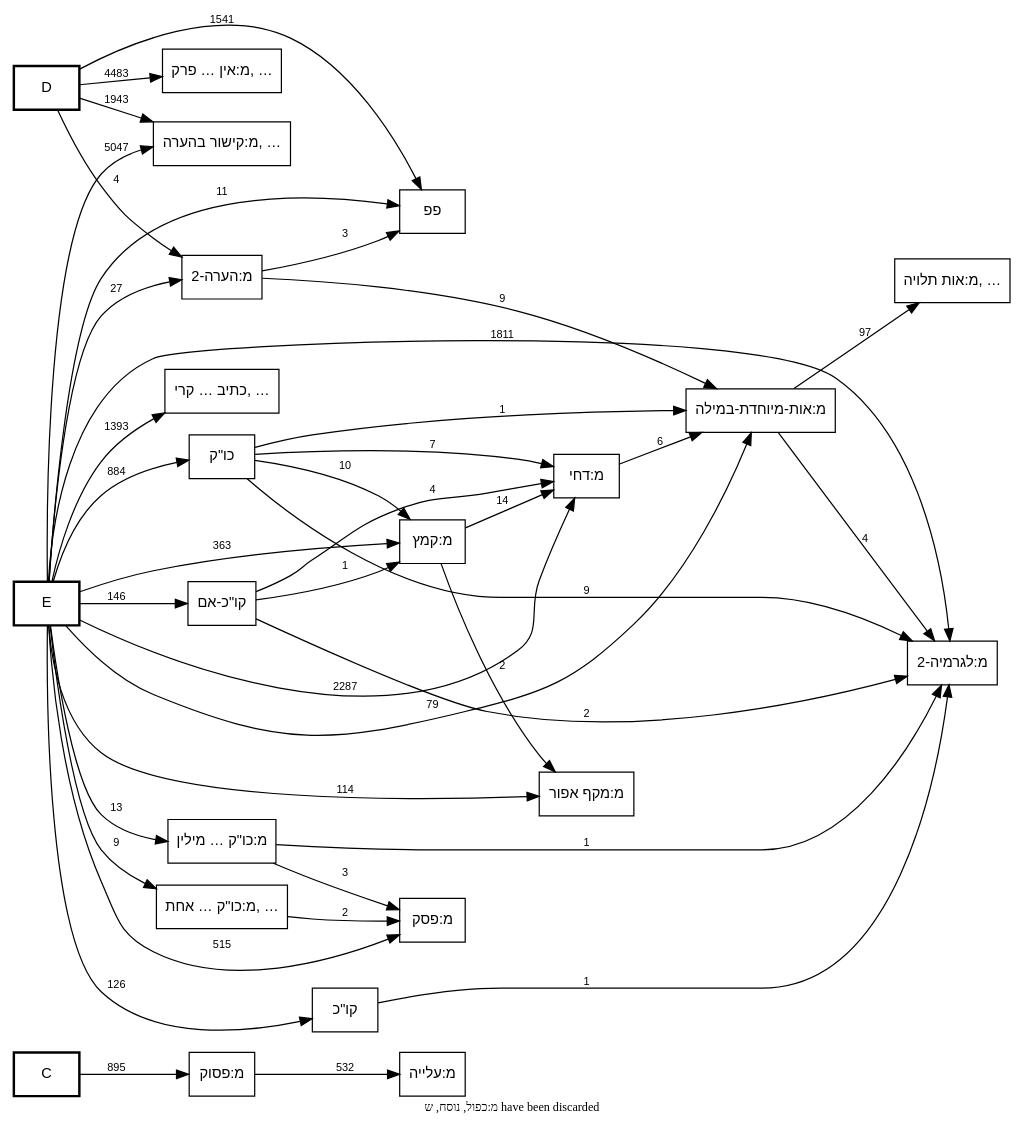
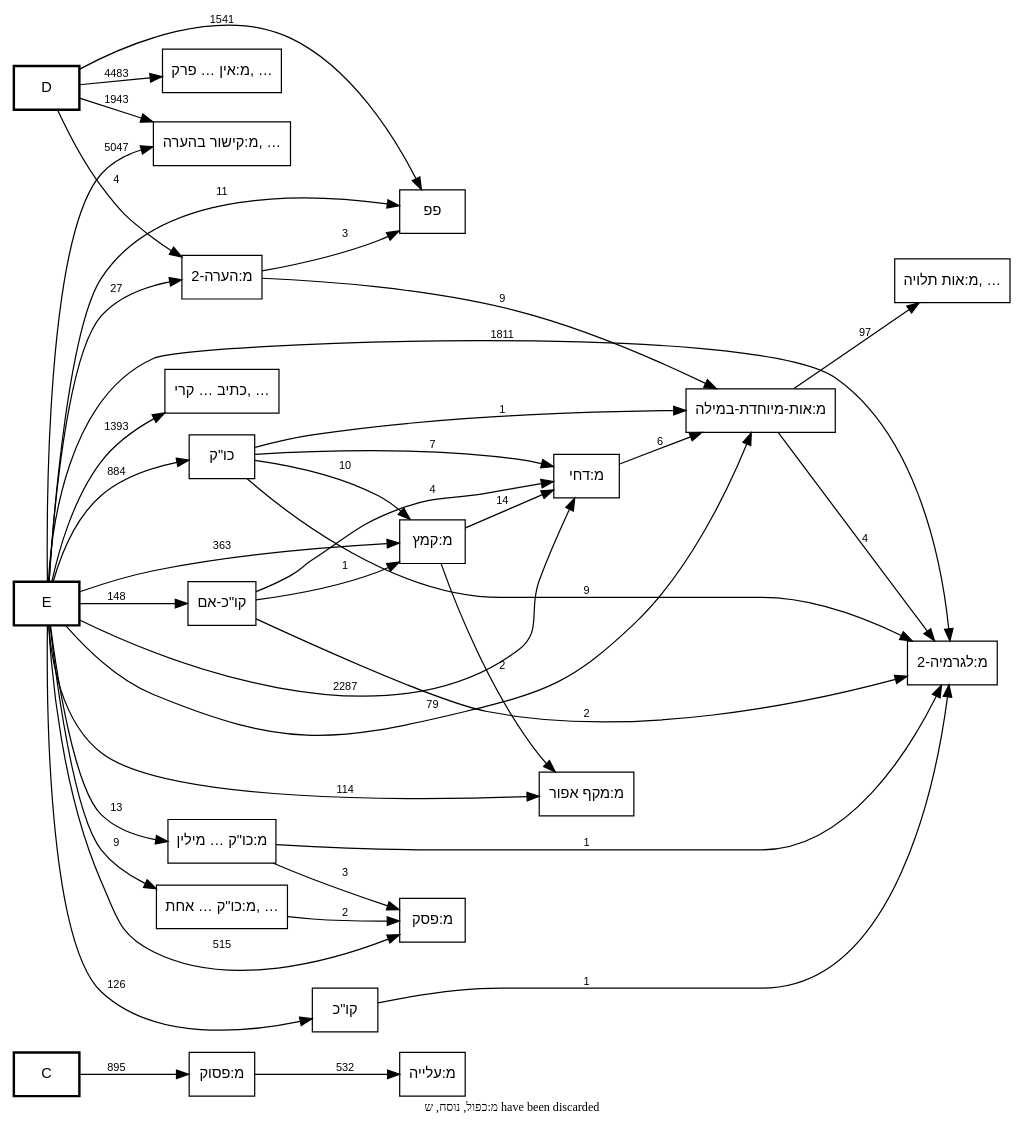
Before and after one commit to bdenckla/MAM-basics: the diagram in out/MAM-tmpl-survey/plus-call-graph.dot, drawn with Graphviz. The commit also changed 8 other files, not shown here.

```diff
--- a/out/MAM-tmpl-survey/plus-call-graph.dot
+++ b/out/MAM-tmpl-survey/plus-call-graph.dot
@@ -1,92 +1,92 @@
 digraph template_call_graph {
     rankdir=LR;
     node [fontname="SBL Hebrew,Helvetica", fontsize=12];
     edge [fontname="Helvetica", fontsize=9];
 
     // Column nodes
     node [shape=box, style=bold];
     "C";
     "D";
     "E";
 
     // Template nodes
     node [shape=box, style=""];
     "כתיב … קרי, …" [tooltip="כתיב ולא קרי
 מ:כו\"ק בין שני מקפים
 מ:כו\"ק כתיב מילה חדה וקרי תרתין מילין בין שני מקפים
 מ:כו\"ק כתיב תרתין מילין וקרי מילה חדה
 מ:כו\"ק קרי שונה מהכתיב בשתי מילים
 מ:כו\"ק של שלוש מילים בהערה אחת
 מ:נו\"ן הפוכה
 מ:צינור
 מ:קו\"כ קרי שונה מהכתיב בשתי מילים
 מ:קישור פנימי בהערה
 מודגש
 קרי ולא כתיב
 ר0
 ר2
 ר3"];
     "מ:אות תלויה, …" [tooltip="מ:אות תלויה
 מ:אות-ג
 מ:אות-ק"];
     "מ:אין … פרק, …" [tooltip="מ:אין פרשה בתחילת פרק
 מ:אין פרשה בתחילת פרק בספרי אמ\"ת
 מ:אין רווח של פרשה בתחילת פרשת השבוע
 מ:ספר חדש
 מ:רווח בתרי עשר בפסוק הראשון
 מ:רווח לספר בתהלים בפסוק הראשון
 ר4"];
     "מ:כו\"ק כתיב מילה חדה וקרי תרתין מילין" [label="מ:כו\"ק … מילין", tooltip="מ:כו\"ק כתיב מילה חדה וקרי תרתין מילין"];
     "מ:כו\"ק … אחת, …" [tooltip="מ:כו\"ק של שתי מילים בהערה אחת
 מ:קו\"כ כתיב מילה חדה וקרי תרתין מילין"];
     "מ:קישור בהערה, …" [tooltip="מ:קישור בהערה
 מ:ששש
 סס
 ססס
 פפפ
 ר1"];
 
     // Note
     graph [label="מ:כפול, נוסח, ש have been discarded", labelloc=b, fontsize=10];
 
     // Edges
     "C" -> "מ:פסוק" [label="895"];
     "D" -> "מ:אין … פרק, …" [label="4483"];
     "D" -> "מ:הערה-2" [label="4"];
     "D" -> "מ:קישור בהערה, …" [label="1943"];
     "D" -> "פפ" [label="1541"];
     "E" -> "כו\"ק" [label="884"];
     "E" -> "כתיב … קרי, …" [label="1393"];
     "E" -> "מ:אות-מיוחדת-במילה" [label="79"];
     "E" -> "מ:דחי" [label="2287"];
     "E" -> "מ:הערה-2" [label="27"];
     "E" -> "מ:כו\"ק כתיב מילה חדה וקרי תרתין מילין" [label="13"];
     "E" -> "מ:כו\"ק … אחת, …" [label="9"];
     "E" -> "מ:לגרמיה-2" [label="1811"];
     "E" -> "מ:מקף אפור" [label="114"];
     "E" -> "מ:פסק" [label="515"];
     "E" -> "מ:קישור בהערה, …" [label="5047"];
     "E" -> "מ:קמץ" [label="363"];
     "E" -> "פפ" [label="11"];
     "E" -> "קו\"כ" [label="126"];
-    "E" -> "קו\"כ-אם" [label="146"];
+    "E" -> "קו\"כ-אם" [label="148"];
     "כו\"ק" -> "מ:אות-מיוחדת-במילה" [label="1"];
     "כו\"ק" -> "מ:דחי" [label="7"];
     "כו\"ק" -> "מ:לגרמיה-2" [label="9"];
     "כו\"ק" -> "מ:קמץ" [label="10"];
     "מ:אות-מיוחדת-במילה" -> "מ:אות תלויה, …" [label="97"];
     "מ:אות-מיוחדת-במילה" -> "מ:לגרמיה-2" [label="4"];
     "מ:דחי" -> "מ:אות-מיוחדת-במילה" [label="6"];
     "מ:הערה-2" -> "מ:אות-מיוחדת-במילה" [label="9"];
     "מ:הערה-2" -> "פפ" [label="3"];
     "מ:כו\"ק כתיב מילה חדה וקרי תרתין מילין" -> "מ:לגרמיה-2" [label="1"];
     "מ:כו\"ק כתיב מילה חדה וקרי תרתין מילין" -> "מ:פסק" [label="3"];
     "מ:כו\"ק … אחת, …" -> "מ:פסק" [label="2"];
     "מ:פסוק" -> "מ:עלייה" [label="532"];
     "מ:קמץ" -> "מ:דחי" [label="14"];
     "מ:קמץ" -> "מ:מקף אפור" [label="2"];
     "קו\"כ" -> "מ:לגרמיה-2" [label="1"];
     "קו\"כ-אם" -> "מ:דחי" [label="4"];
     "קו\"כ-אם" -> "מ:לגרמיה-2" [label="2"];
     "קו\"כ-אם" -> "מ:קמץ" [label="1"];
 }
```
